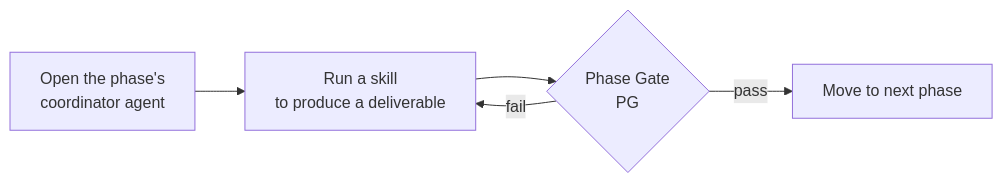
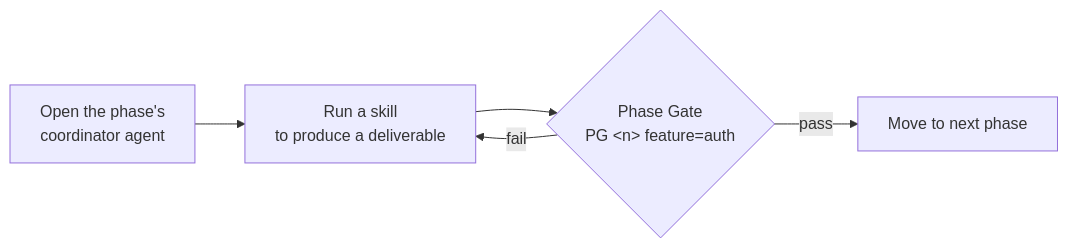
One commit to hanh9898/waterfall-bmad-method changed the first of 2 diagrams in docs/en/tutorials/getting-started-hbc.md. Above: the diagram before and after it, drawn with Mermaid. The commit also changed other lines of this file and 29 other files, not shown here.

````diff
--- a/docs/en/tutorials/getting-started-hbc.md
+++ b/docs/en/tutorials/getting-started-hbc.md
@@ -31,7 +34,7 @@
 ```mermaid
 flowchart LR
     A[Open the phase's<br/>coordinator agent] --> B[Run a skill<br/>to produce a deliverable]
-    B --> C{Phase Gate<br/>PG}
+    B --> C{Phase Gate<br/>PG &lt;n&gt; feature=auth}
     C -->|pass| D[Move to next phase]
     C -->|fail| B
 ```
````
